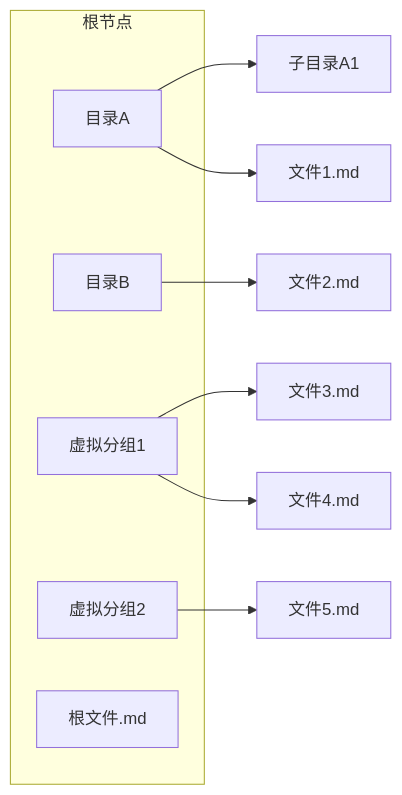
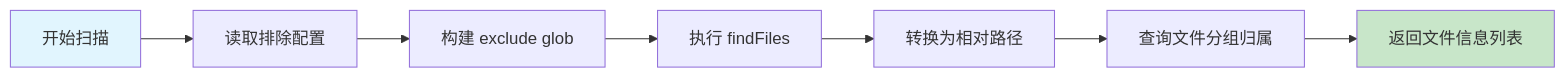
Before and after one commit to 7788ken/vscode-repowiki: the second of 2 diagrams in repowiki/zh/content/核心功能模块/树视图与分组.md, drawn with Mermaid. The commit also changed other lines of this file and 15 other files, not shown here.

````diff
--- a/repowiki/zh/content/核心功能模块/树视图与分组.md
+++ b/repowiki/zh/content/核心功能模块/树视图与分组.md
@@ -118,16 +230,12 @@
 ```mermaid
 flowchart LR
-    subgraph Root[根节点]
-        D1[目录A]
-        D2[目录B]
-        V1[虚拟分组1]
-        V2[虚拟分组2]
-        F1[根文件.md]
-    end
-    D1 --> D1A[子目录A1]
-    D1 --> D1F[文件1.md]
-    D2 --> D2F[文件2.md]
-    V1 --> V1F[文件3.md]
-    V1 --> V1F2[文件4.md]
-    V2 --> V2F[文件5.md]
+    A[开始扫描] --> B[读取排除配置]
+    B --> C[构建 exclude glob]
+    C --> D[执行 findFiles]
+    D --> E[转换为相对路径]
+    E --> F[查询文件分组归属]
+    F --> G[返回文件信息列表]
+    
+    style A fill:#e1f5fe
+    style G fill:#c8e6c9
 ```
````
